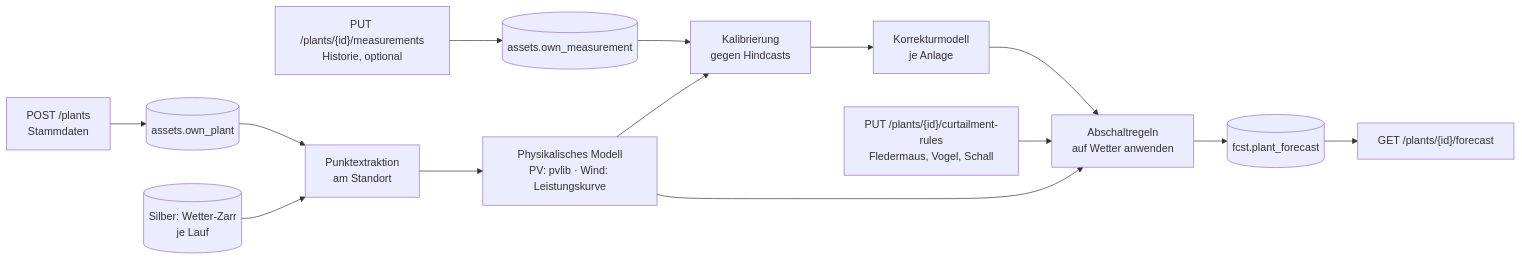
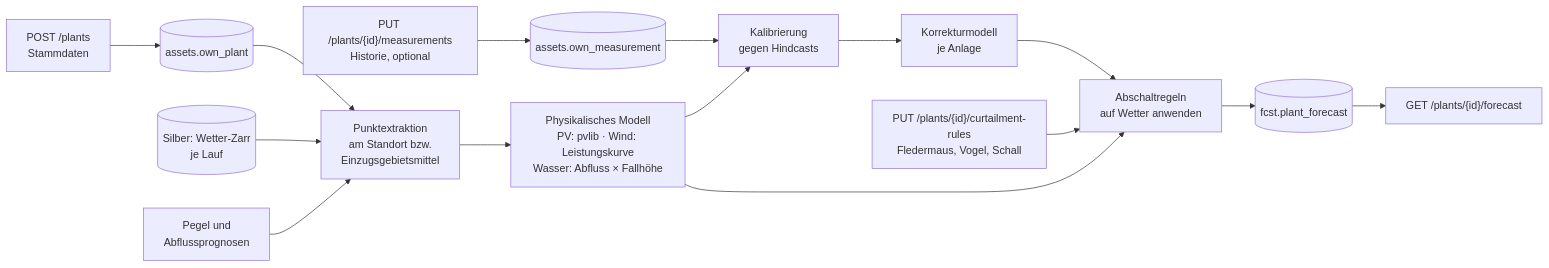
Before and after one commit to the78mole/PredictionDB: diagram 12 of 15 in docs/ARCHITEKTUR.md, drawn with Mermaid. The commit also changed other lines of this file, not shown here.

````diff
--- a/docs/ARCHITEKTUR.md
+++ b/docs/ARCHITEKTUR.md
@@ -836,16 +842,17 @@
 ```mermaid
 flowchart LR
     S["POST /plants<br/>Stammdaten"] --> P[("assets.own_plant")]
     M["PUT /plants/{id}/measurements<br/>Historie, optional"] --> MS[("assets.own_measurement")]
-    SIL[("Silber: Wetter-Zarr<br/>je Lauf")] --> X["Punktextraktion<br/>am Standort"]
+    SIL[("Silber: Wetter-Zarr<br/>je Lauf")] --> X["Punktextraktion<br/>am Standort bzw.<br/>Einzugsgebietsmittel"]
+    PG["Pegel und<br/>Abflussprognosen"] --> X
     P --> X
-    X --> PHY["Physikalisches Modell<br/>PV: pvlib · Wind: Leistungskurve"]
+    X --> PHY["Physikalisches Modell<br/>PV: pvlib · Wind: Leistungskurve<br/>Wasser: Abfluss × Fallhöhe"]
     MS --> CAL["Kalibrierung<br/>gegen Hindcasts"]
     PHY --> CAL
     CAL --> COR["Korrekturmodell<br/>je Anlage"]
     R["PUT /plants/{id}/curtailment-rules<br/>Fledermaus, Vogel, Schall"] --> AB["Abschaltregeln<br/>auf Wetter anwenden"]
     PHY --> AB
     AB --> F[("fcst.plant_forecast")]
     COR --> AB
     F --> G["GET /plants/{id}/forecast"]
 ```
````
